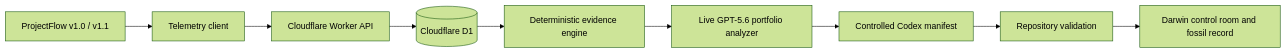
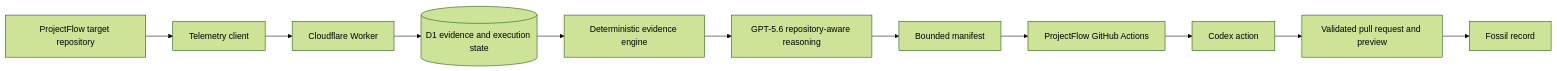
The diagram in docs/ARCHITECTURE.md (sjohnston1972/darwin), drawn with Mermaid (forest theme) before and after one commit. The commit also changed other lines of this file and 60 other files, not shown here.

````diff
--- a/docs/ARCHITECTURE.md
+++ b/docs/ARCHITECTURE.md
@@ -3,11 +3,13 @@
 ```mermaid
 flowchart LR
-  PF[ProjectFlow v1.0 / v1.1] --> TC[Telemetry client]
-  TC --> API[Cloudflare Worker API]
-  API --> D1[(Cloudflare D1)]
+  PF[ProjectFlow target repository] --> TC[Telemetry client]
+  TC --> API[Cloudflare Worker]
+  API --> D1[(D1 evidence and execution state)]
   D1 --> EE[Deterministic evidence engine]
-  EE --> EA[Live GPT-5.6 portfolio analyzer]
-  EA --> CM[Controlled Codex manifest]
-  CM --> VR[Repository validation]
-  VR --> UI[Darwin control room and fossil record]
+  EE --> GPT[GPT-5.6 repository-aware reasoning]
+  GPT --> MF[Bounded manifest]
+  MF --> GH[ProjectFlow GitHub Actions]
+  GH --> CX[Codex action]
+  CX --> PR[Validated pull request and preview]
+  PR --> FR[Fossil record]
 ```
````
